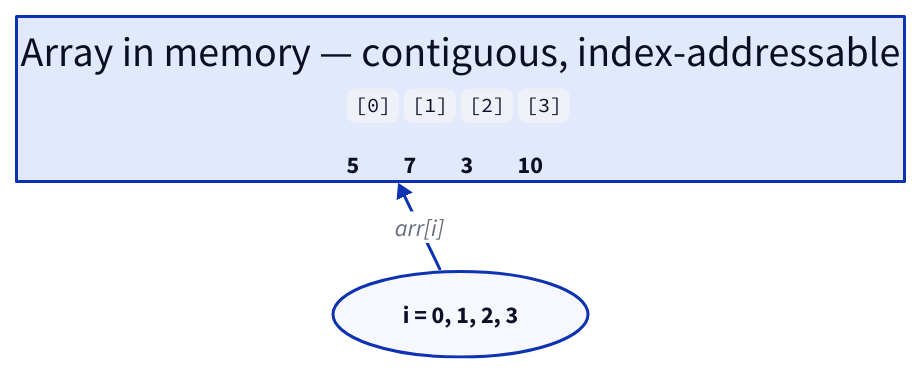
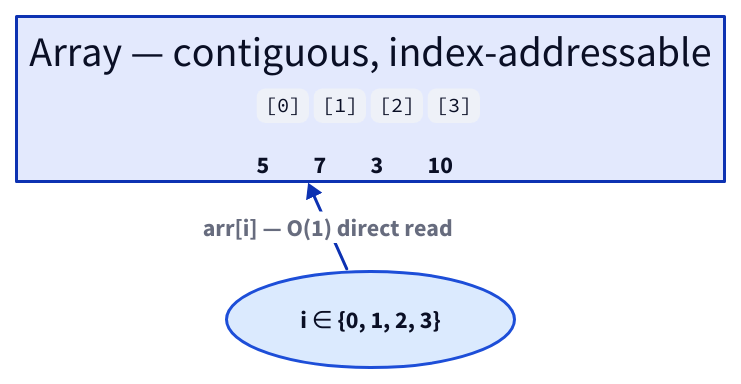
One commit to ani2fun/codefolio changed the diagram in content/cortex/data-structures-and-algorithms/02-linear-structures/03-singly-linked-list/02-traversal-in-singly-linked-lists.md. Above: the diagram before and after it, drawn with D2. The commit also changed 4 other files, not shown here.

First line of the commit message:
dsa: auto-render `head` marker + visual polish on 4 named diagrams + empty-list font tweak

````diff
--- a/content/cortex/data-structures-and-algorithms/02-linear-structures/03-singly-linked-list/02-traversal-in-singly-linked-lists.md
+++ b/content/cortex/data-structures-and-algorithms/02-linear-structures/03-singly-linked-list/02-traversal-in-singly-linked-lists.md
@@ -28,30 +28,38 @@
 ```d2
 direction: right
 
-arr: "Array in memory — contiguous, index-addressable" {
+arr: "Array  —  contiguous, index-addressable" {
   grid-columns: 4
   grid-gap: 0
   a0: |md
     `[0]`
 
     **5**
   |
   a1: |md
     `[1]`
 
     **7**
   |
   a2: |md
     `[2]`
 
     **3**
   |
   a3: |md
     `[3]`
 
     **10**
   |
 }
-idx: "i = 0, 1, 2, 3" {shape: oval}
-idx -> arr.a0: "arr[i]"
+
+idx: "i ∈ {0, 1, 2, 3}" {
+  shape: oval
+  style.fill: "#dbeafe"
+  style.stroke: "#1d4ed8"
+  style.stroke-width: 2
+  style.bold: true
+}
+
+idx -> arr.a0: "arr[i] — O(1) direct read" {style.stroke-width: 2; style.bold: true}
 ```
````
